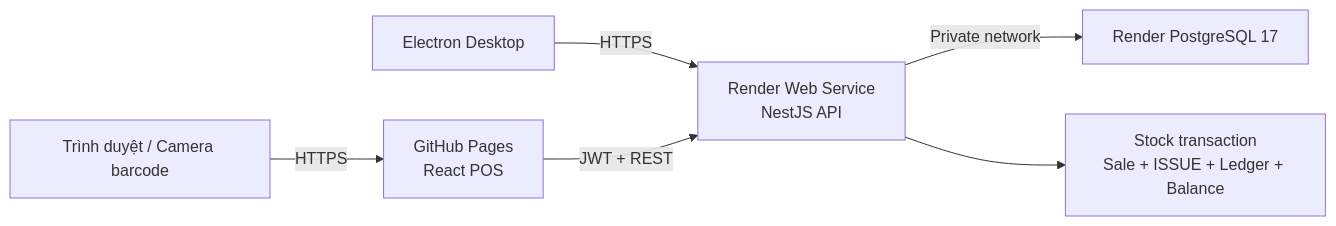
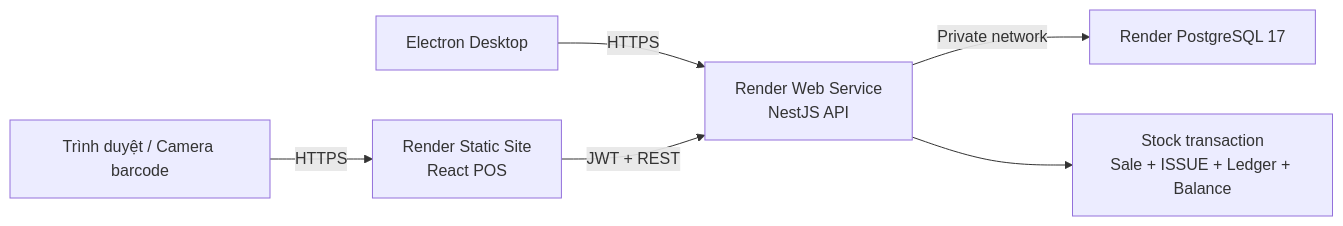
Before and after one commit to tuyen12081707/inventory-desktop-suite-source: the diagram in docs/DEPLOYMENT.md, drawn with Mermaid. The commit also changed other lines of this file and 5 other files, not shown here.

Commit message:
feat: deploy private web app on Render static site

````diff
--- a/docs/DEPLOYMENT.md
+++ b/docs/DEPLOYMENT.md
@@ -5,8 +5,8 @@
 ```mermaid
 flowchart LR
-  U["Trình duyệt / Camera barcode"] -->|HTTPS| W["GitHub Pages\nReact POS"]
+  U["Trình duyệt / Camera barcode"] -->|HTTPS| W["Render Static Site\nReact POS"]
   D["Electron Desktop"] -->|HTTPS| A["Render Web Service\nNestJS API"]
   W -->|JWT + REST| A
   A -->|Private network| P["Render PostgreSQL 17"]
   A --> T["Stock transaction\nSale + ISSUE + Ledger + Balance"]
 ```
````
